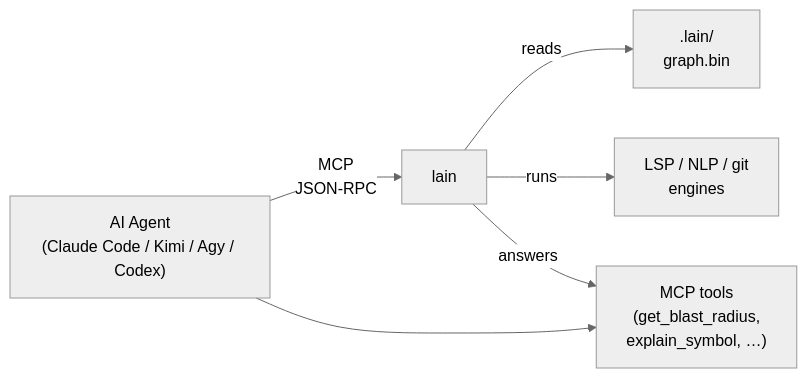
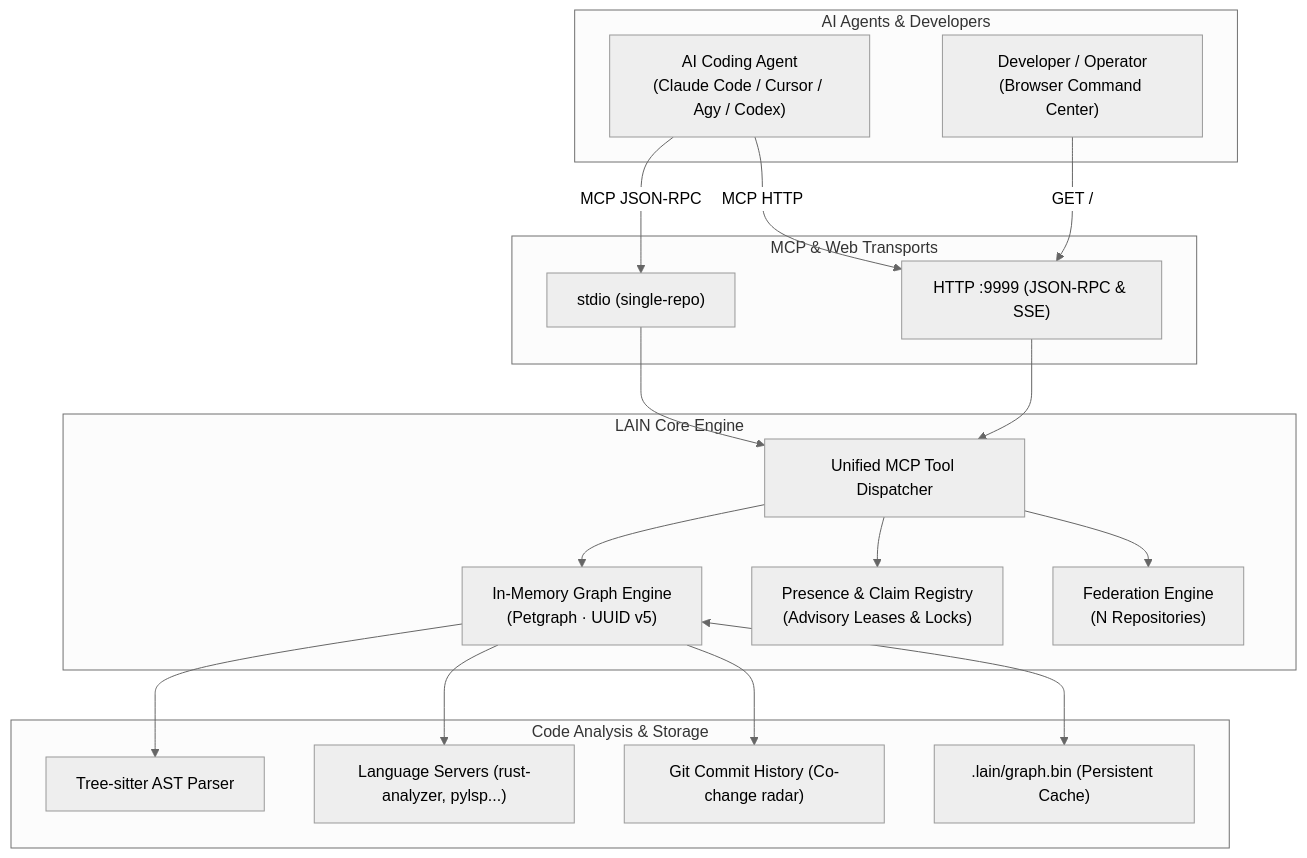
One commit to spuentesp/lain changed the diagram in README.md. Above: the diagram before and after it, drawn with Mermaid (neutral theme). The commit also changed other lines of this file, not shown here.

````diff
--- a/README.md
+++ b/README.md
@@ -23,8 +77,39 @@
 ```mermaid
-flowchart LR
-    A["AI Agent<br/>(Claude Code / Kimi / Agy / Codex)"] -->|MCP<br/>JSON-RPC| L["lain"]
-    L -->|reads| FS[".lain/<br/>graph.bin"]
-    L -->|runs| ENG["LSP / NLP / git<br/>engines"]
-    L -->|answers| T["MCP tools<br/>(get_blast_radius,<br/>explain_symbol, …)"]
-    A --> T
+flowchart TB
+    subgraph Clients["AI Agents & Developers"]
+        A["AI Coding Agent<br/>(Claude Code / Cursor / Agy / Codex)"]
+        B["Developer / Operator<br/>(Browser Command Center)"]
+    end
+
+    subgraph Transports["MCP & Web Transports"]
+        S["stdio (single-repo)"]
+        H["HTTP :9999 (JSON-RPC & SSE)"]
+    end
+
+    subgraph Core["LAIN Core Engine"]
+        EX["Unified MCP Tool Dispatcher"]
+        G["In-Memory Graph Engine<br/>(Petgraph · UUID v5)"]
+        PRES["Presence & Claim Registry<br/>(Advisory Leases & Locks)"]
+        FED["Federation Engine<br/>(N Repositories)"]
+    end
+
+    subgraph Sources["Code Analysis & Storage"]
+        TS["Tree-sitter AST Parser"]
+        LSP["Language Servers (rust-analyzer, pylsp...)"]
+        GIT["Git Commit History (Co-change radar)"]
+        BIN[".lain/graph.bin (Persistent Cache)"]
+    end
+
+    A -->|MCP JSON-RPC| S
+    A -->|MCP HTTP| H
+    B -->|GET /| H
+    S --> EX
+    H --> EX
+    EX --> G
+    EX --> PRES
+    EX --> FED
+    G <--> BIN
+    G --> TS
+    G --> LSP
+    G --> GIT
 ```
````
